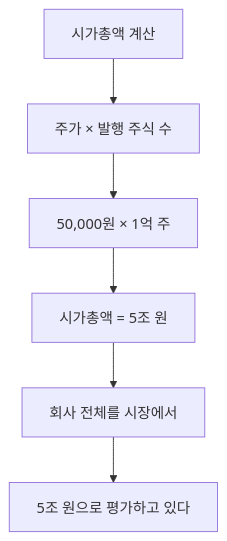
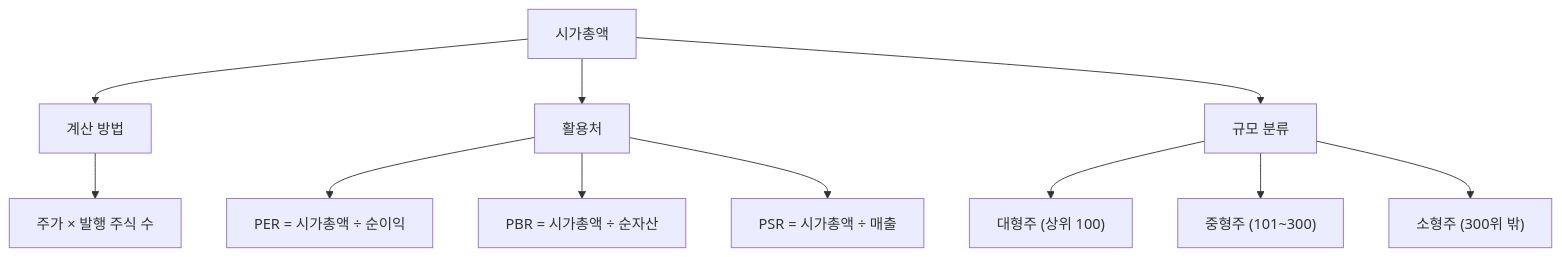
The diagram in content/stock-terms/ko/level-01-basic/market-cap.md (yeongseon/stock-visual-note), drawn with Mermaid before and after one commit. The commit also changed other lines of this file and 96 other files, not shown here.

Commit message:
Rewrite all 98 remaining articles: branching Mermaid diagrams, natural search_intent, compelling seo_titles, clean descriptions

````diff
--- a/content/stock-terms/ko/level-01-basic/market-cap.md
+++ b/content/stock-terms/ko/level-01-basic/market-cap.md
@@ -53,14 +49,13 @@
 ```mermaid
 graph TD
-    A0["시가총액 계산"]
-    A1["주가 × 발행 주식 수"]
-    A2["50,000원 × 1억 주"]
-    A3["시가총액 = 5조 원"]
-    A4["회사 전체를 시장에서"]
-    A5["5조 원으로 평가하고 있다"]
-    A0 --> A1
-    A1 --> A2
-    A2 --> A3
-    A3 --> A4
-    A4 --> A5
+    A["시가총액"] --> B["계산 방법"]
+    A --> C["활용처"]
+    A --> D["규모 분류"]
+    B --> B1["주가 × 발행 주식 수"]
+    C --> C1["PER = 시가총액 ÷ 순이익"]
+    C --> C2["PBR = 시가총액 ÷ 순자산"]
+    C --> C3["PSR = 시가총액 ÷ 매출"]
+    D --> D1["대형주 (상위 100)"]
+    D --> D2["중형주 (101~300)"]
+    D --> D3["소형주 (300위 밖)"]
 ```
````
